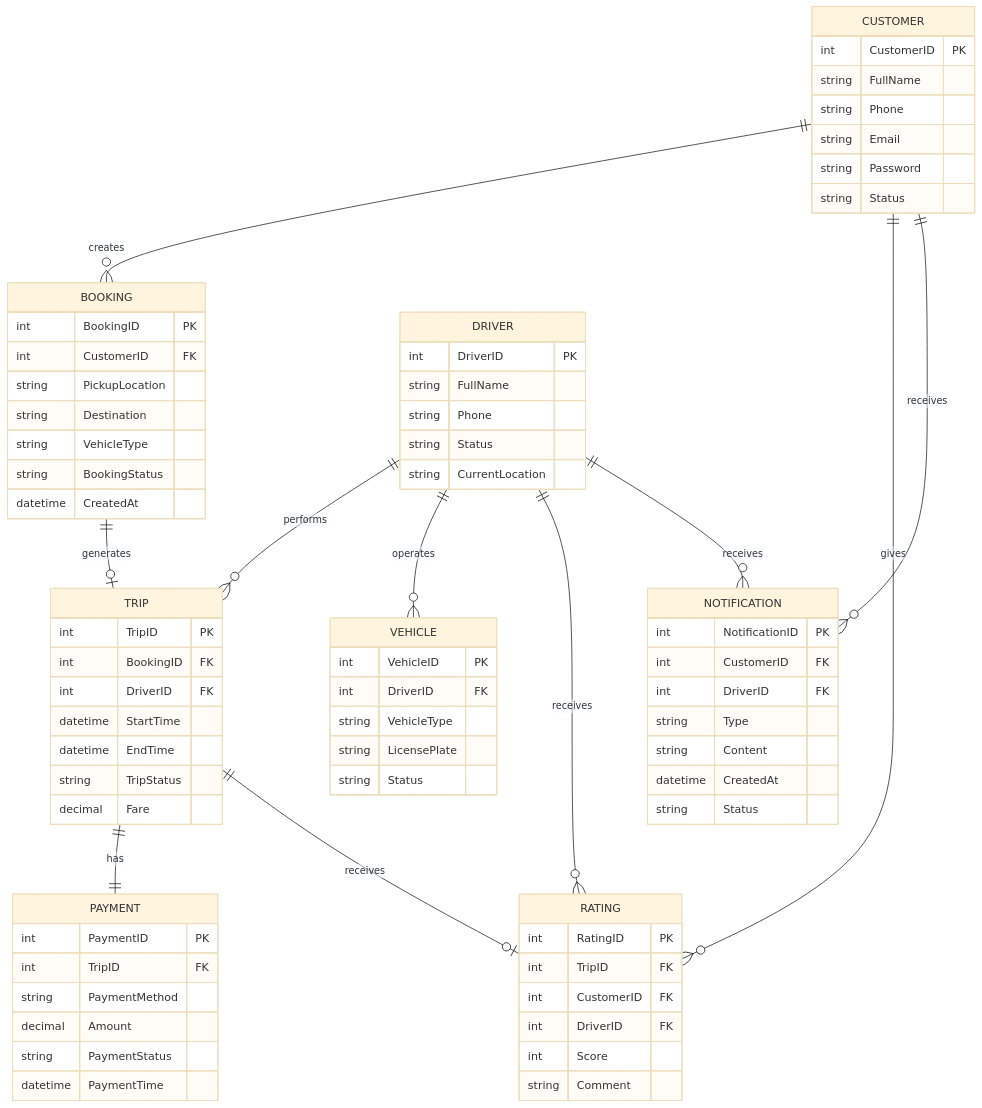
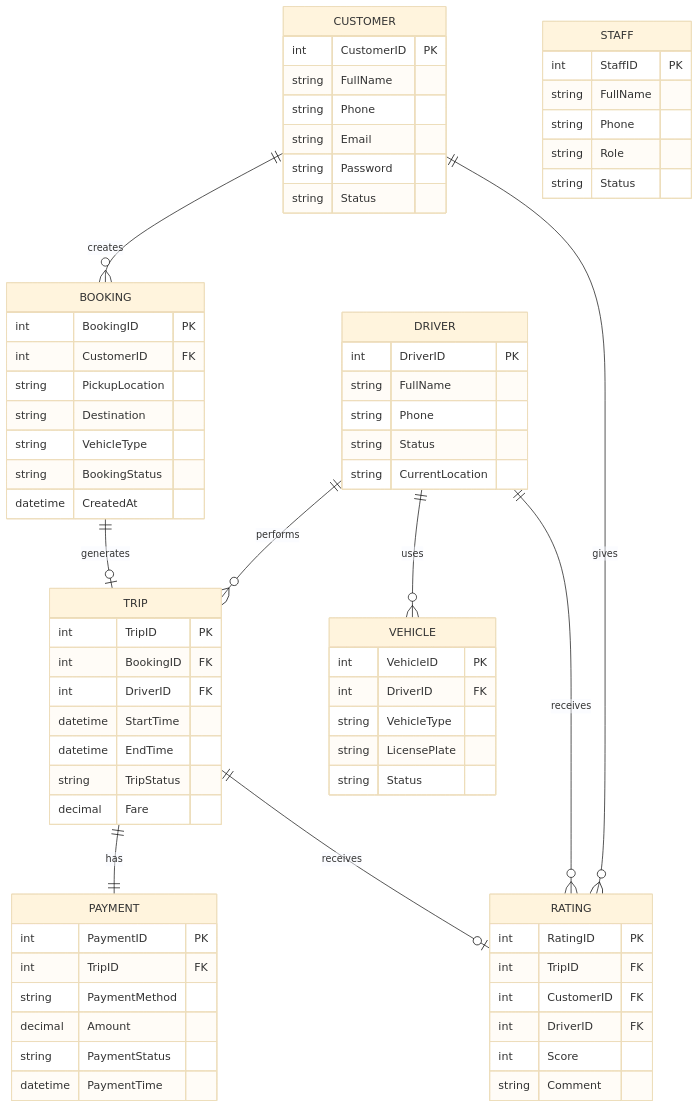
Before and after one commit to Vy161105/23682161_NguyenNgocYenVy_cabsystem: the ninth of 10 diagrams in srs.md, drawn with Mermaid (base theme). The commit also changed other lines of this file, not shown here.

````diff
--- a/srs.md
+++ b/srs.md
@@ -706,20 +837,17 @@
-```mermaid id="c6k5tm"
+```mermaid
 erDiagram
 
     CUSTOMER ||--o{ BOOKING : creates
     BOOKING ||--o| TRIP : generates
 
     DRIVER ||--o{ TRIP : performs
-    DRIVER ||--o{ VEHICLE : operates
+    DRIVER ||--o{ VEHICLE : uses
 
     TRIP ||--|| PAYMENT : has
     TRIP ||--o| RATING : receives
 
     CUSTOMER ||--o{ RATING : gives
     DRIVER ||--o{ RATING : receives
-
-    CUSTOMER ||--o{ NOTIFICATION : receives
-    DRIVER ||--o{ NOTIFICATION : receives
 
     CUSTOMER {
         int CustomerID PK
@@ -784,13 +912,11 @@
         string Comment
     }
 
-    NOTIFICATION {
-        int NotificationID PK
-        int CustomerID FK
-        int DriverID FK
-        string Type
-        string Content
-        datetime CreatedAt
+    STAFF {
+        int StaffID PK
+        string FullName
+        string Phone
+        string Role
         string Status
     }
 ```
````
